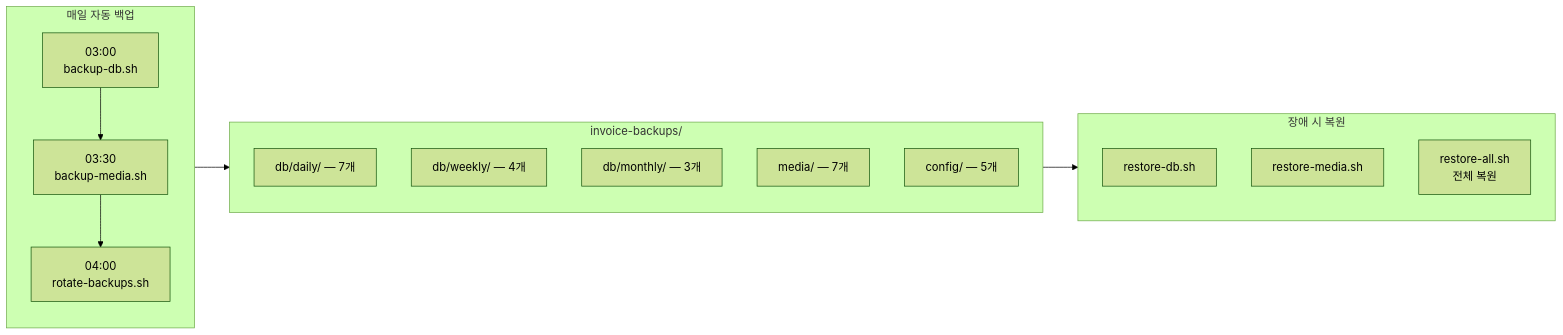
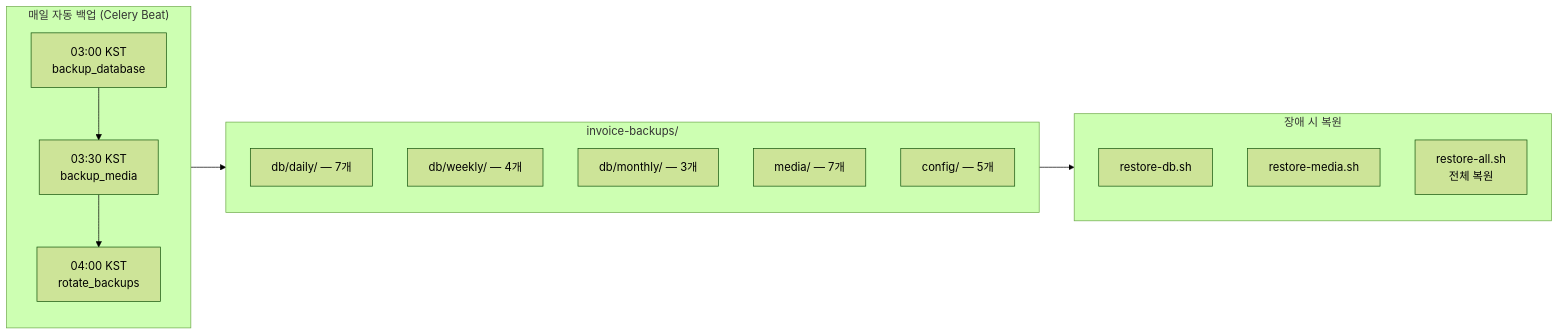
One commit to philkcho/ai-invoice-automation changed the second of 11 diagrams in docs/disaster-recovery.md. Above: the diagram before and after it, drawn with Mermaid (forest theme). The commit also changed other lines of this file and 18 other files, not shown here.

First line of the commit message:
승인/결제 워크플로우 완성 및 대시보드 개선

````diff
--- a/docs/disaster-recovery.md
+++ b/docs/disaster-recovery.md
@@ -113,28 +172,28 @@
 ```mermaid
 graph LR
-    subgraph 백업["매일 자동 백업"]
+    subgraph 백업["매일 자동 백업 (Celery Beat)"]
         direction TB
-        B1["03:00\nbackup-db.sh"]
-        B2["03:30\nbackup-media.sh"]
-        B3["04:00\nrotate-backups.sh"]
+        B1["03:00 KST\nbackup_database"]
+        B2["03:30 KST\nbackup_media"]
+        B3["04:00 KST\nrotate_backups"]
         B1 --> B2 --> B3
     end
 
     subgraph 저장["invoice-backups/"]
         direction TB
         D1["db/daily/ — 7개"]
         D2["db/weekly/ — 4개"]
         D3["db/monthly/ — 3개"]
         D4["media/ — 7개"]
         D5["config/ — 5개"]
     end
 
     subgraph 복원["장애 시 복원"]
         direction TB
         R1["restore-db.sh"]
         R2["restore-media.sh"]
         R3["restore-all.sh\n전체 복원"]
     end
 
     백업 --> 저장 --> 복원
 ```
````
